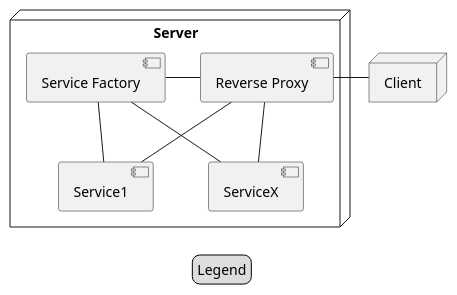
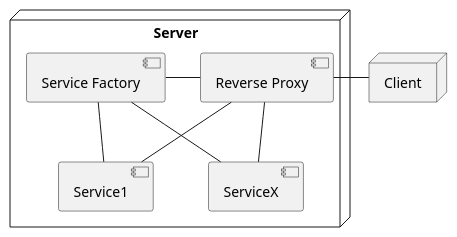
One commit to traderbook/documentation changed the diagram in dev-docs/specs/techniques/stddispatcher.adoc. Above: the diagram before and after it, drawn with PlantUML. The commit also changed 162 other files, not shown here.

```diff
--- a/dev-docs/specs/techniques/stddispatcher.adoc
+++ b/dev-docs/specs/techniques/stddispatcher.adoc
@@ -8,23 +8,20 @@
-[plantuml, format="svg", role="right"]
+[plantuml,gestion-service, format="svg", role="right"]
 ....
-legend
-Legend
-endlegend
 
 node Client
 
 node Server {
     component "Reverse Proxy" as ReverseProxy
     component "Service Factory" as ServiceFactory
     component Service1
     component ServiceX
 
     ReverseProxy -left- ServiceFactory
     ServiceFactory -down- Service1
     ServiceFactory -down- ServiceX
     ReverseProxy -down- Service1
     ReverseProxy -down- ServiceX
 }
 
 Client -right- ReverseProxy
 ....
```
